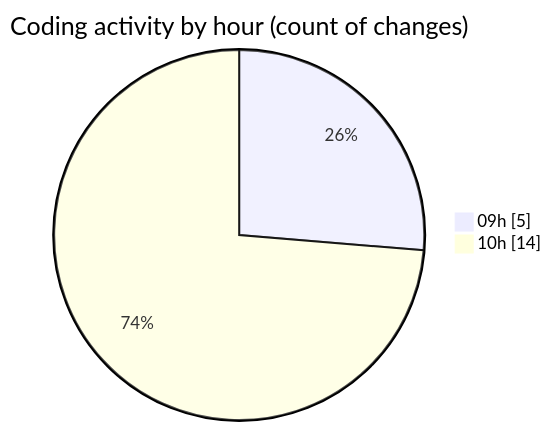
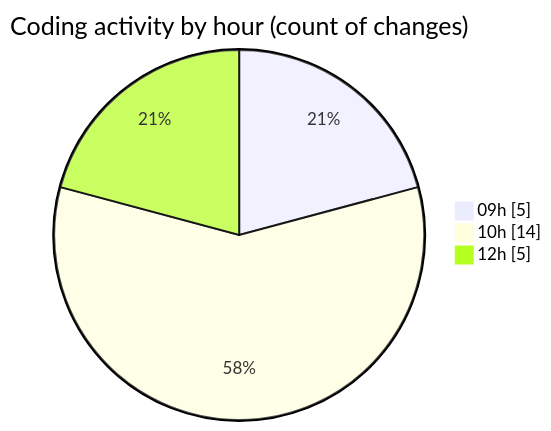
Before and after one commit to ricardozamudiocil/code-tracking: the second of 2 diagrams in 2026-06-03/cilapp/README.md, drawn with Mermaid. The commit also changed other lines of this file and 1 other file, not shown here.

````diff
--- a/2026-06-03/cilapp/README.md
+++ b/2026-06-03/cilapp/README.md
@@ -32,6 +35,7 @@
 ```mermaid
 pie showData
 title Coding activity by hour (count of changes)
 "09h" : 5
 "10h" : 14
+"12h" : 5
 ```
````
